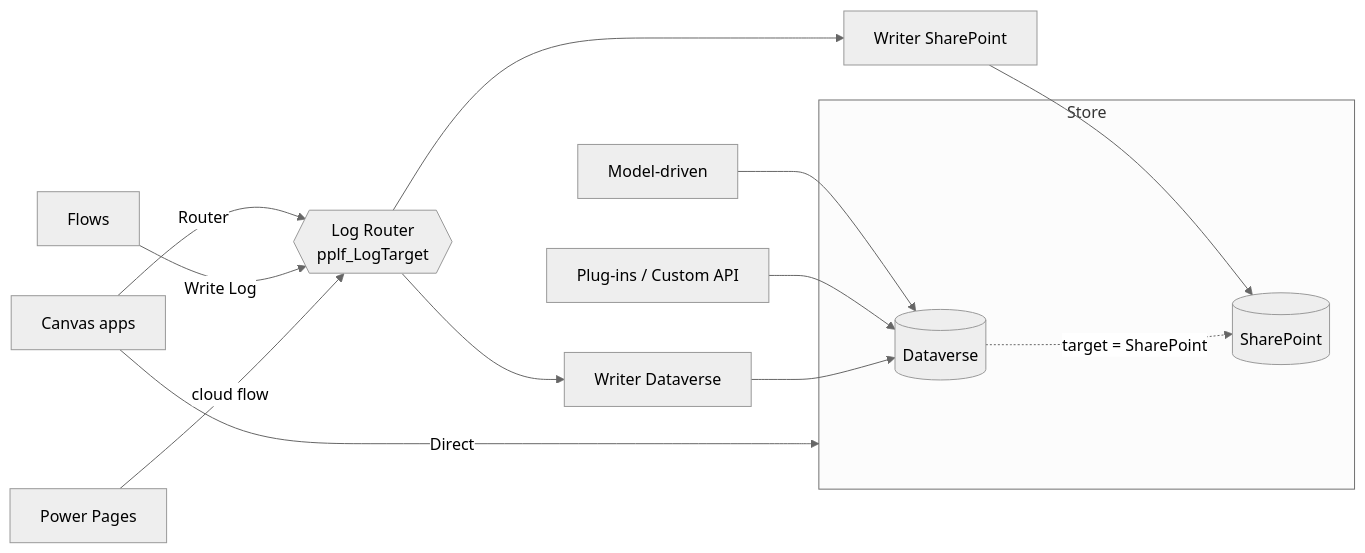
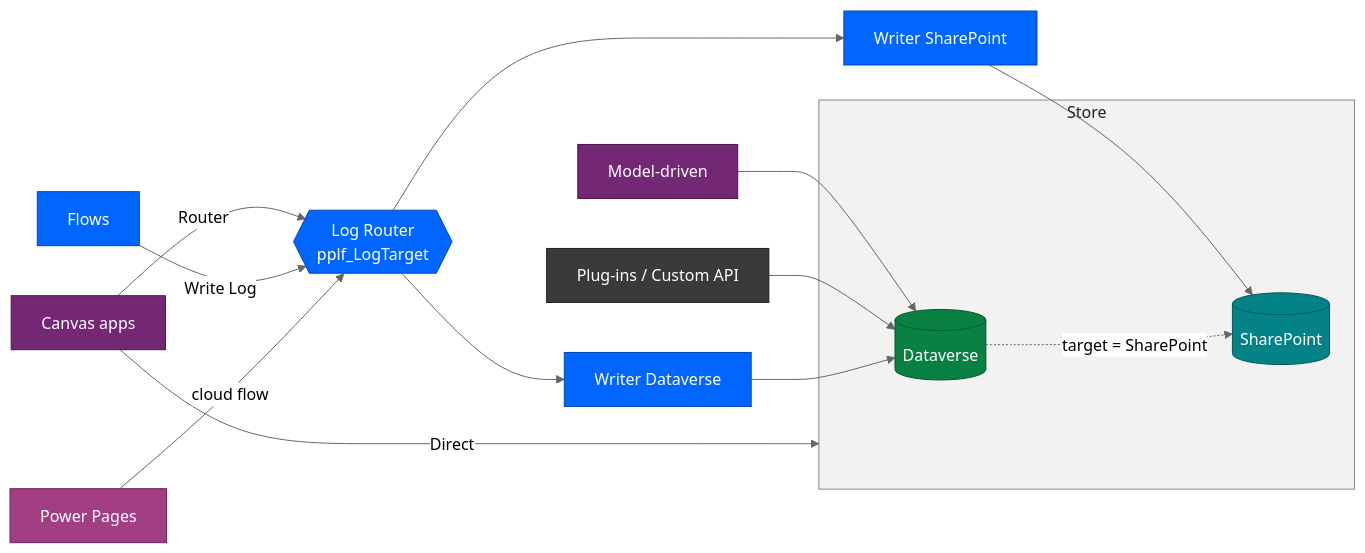
The diagram in README.md (manjugundala/PPLF), drawn with Mermaid (neutral theme) before and after one commit. The commit also changed other lines of this file and 16 other files, not shown here.

Commit message:
v1.0.1: app fixes, Flat UI KPI cards, cited retention facts, coloured diagram (#7)

````diff
--- a/README.md
+++ b/README.md
@@ -54,16 +54,29 @@
 ```mermaid
 flowchart LR
   CA[Canvas apps] -->|Direct| ST
   CA -->|Router| R
   PF[Flows] -->|Write Log| R
   PP[Power Pages] -->|cloud flow| R
   MD[Model-driven] --> DV
   PL[Plug-ins / Custom API] --> DV
   R{{"Log Router<br/>pplf_LogTarget"}} --> WDV[Writer Dataverse] --> DV[(Dataverse)]
   R --> WSP[Writer SharePoint] --> SP[(SharePoint)]
   DV -. target = SharePoint .-> SP
   subgraph ST[Store]
     DV
     SP
   end
+  classDef apps fill:#742774,stroke:#4B144B,color:#fff
+  classDef automate fill:#0066FF,stroke:#0047B3,color:#fff
+  classDef pages fill:#A33D84,stroke:#6E2458,color:#fff
+  classDef dataverse fill:#088142,stroke:#05582D,color:#fff
+  classDef sharepoint fill:#038387,stroke:#025A5D,color:#fff
+  classDef code fill:#3B3A39,stroke:#201F1E,color:#fff
+  class CA,MD apps
+  class PF,R,WDV,WSP automate
+  class PP pages
+  class DV dataverse
+  class SP sharepoint
+  class PL code
+  style ST fill:#F3F2F1,stroke:#8A8886,color:#201F1E
 ```
````
